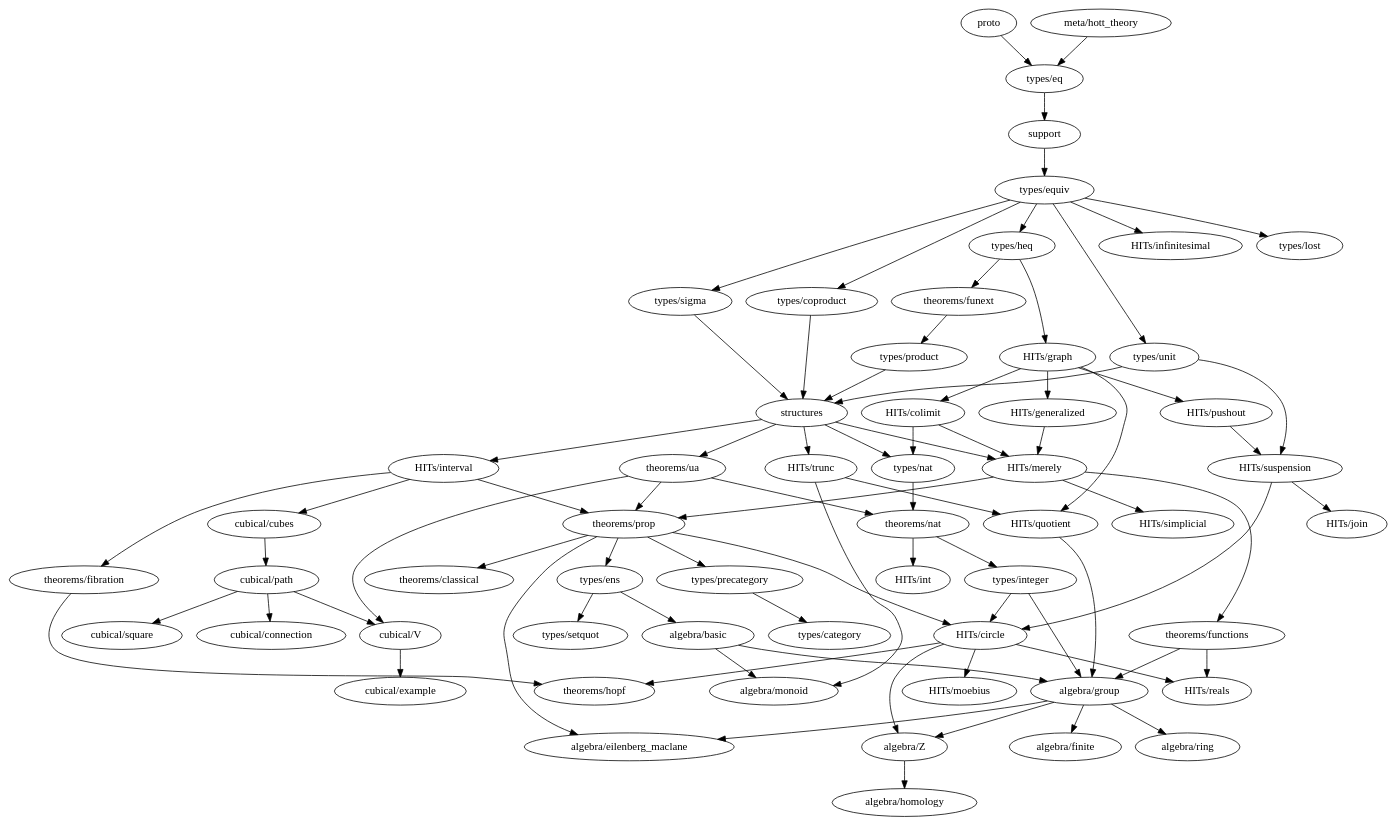
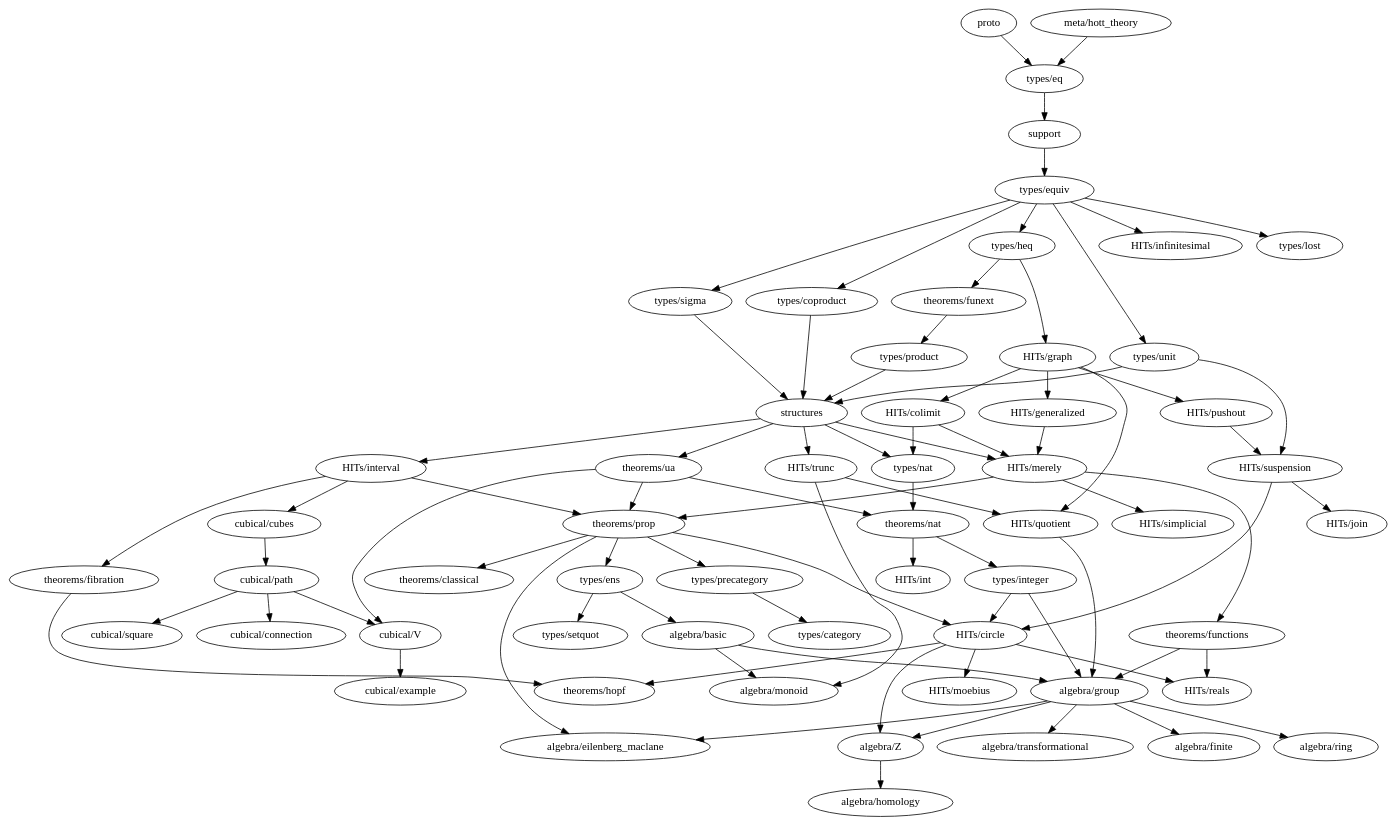
Before and after one commit to forked-from-1kasper/ground_zero: the diagram in dependency-map.gv, drawn with Graphviz. The commit also changed 2 other files, not shown here.

```diff
--- a/dependency-map.gv
+++ b/dependency-map.gv
@@ -1,129 +1,131 @@
 digraph dependency_map {
   proto -> "types/eq"
   "meta/hott_theory" -> "types/eq"
   support -> "types/equiv"
   structures -> {
     "HITs/interval",
     "HITs/merely",
     "HITs/trunc",
     "types/nat",
     "theorems/ua"
   }
 
   subgraph algebra {
     "algebra/basic" -> { "algebra/monoid", "algebra/group" }
     "algebra/eilenberg_maclane"
     "algebra/finite"
     "algebra/group" -> {
       "algebra/eilenberg_maclane",
       "algebra/finite",
       "algebra/ring",
+      "algebra/transformational",
       "algebra/Z"
     }
     "algebra/homology"
     "algebra/monoid"
     "algebra/ring"
+    "algebra/transformational"
     "algebra/Z" -> { "algebra/homology" }
   }
 
   subgraph types {
     "types/category"
     "types/coproduct" -> { structures }
     "types/eq" -> { support }
     "types/ens" -> { "algebra/basic", "types/setquot" }
     "types/equiv" -> {
       "types/heq",
       "HITs/infinitesimal",
       "types/coproduct",
       "types/lost",
       "types/unit",
       "types/sigma"
     }
     "types/heq" -> {
       "HITs/graph", "theorems/funext"
     }
     "types/integer" -> {
       "algebra/group",
       "HITs/circle"
     }
     "types/lost"
     "types/nat" -> { "theorems/nat" }
     "types/precategory" -> { "types/category" }
     "types/product" -> { structures }
     "types/setquot"
     "types/sigma" -> { structures }
     "types/unit" -> { structures, "HITs/suspension" }
   }
 
   subgraph HITs {
     "HITs/circle" -> {
       "algebra/Z",
       "theorems/hopf",
       "HITs/moebius",
       "HITs/reals"
     }
     "HITs/colimit" -> { "HITs/merely", "types/nat" }
     "HITs/generalized" -> "HITs/merely"
     "HITs/graph" -> {
       "HITs/colimit",
       "HITs/generalized",
       "HITs/pushout",
       "HITs/quotient"
     }
     "HITs/infinitesimal"
     "HITs/interval" -> {
       "cubical/cubes",
       "theorems/prop",
       "theorems/fibration"
     }
     "HITs/join"
     "HITs/merely" -> {
       "theorems/prop",
       "HITs/simplicial",
       "theorems/functions"
     }
     "HITs/moebius"
     "HITs/pushout" -> {
       "HITs/suspension"
     }
     "HITs/quotient" -> { "algebra/group" }
     "HITs/reals"
     "HITs/simplicial"
     "HITs/suspension" -> { "HITs/circle", "HITs/join" }
     "HITs/trunc" -> { "algebra/monoid", "HITs/quotient" }
   }
 
   subgraph cubical {
     "cubical/connection"
     "cubical/cubes" -> "cubical/path"
     "cubical/example"
     "cubical/path" -> {
       "cubical/square",
       "cubical/V",
       "cubical/connection"
     }
     "cubical/square"
     "cubical/V" -> { "cubical/example" }
   }
 
   subgraph theorems {
     "theorems/classical"
     "theorems/fibration" -> { "theorems/hopf" }
     "theorems/functions" -> { "HITs/reals", "algebra/group" }
     "theorems/funext" -> { "types/product" }
     "theorems/hopf"
     "theorems/nat" -> { "HITs/int", "types/integer" }
     "theorems/prop" -> {
       "algebra/eilenberg_maclane",
       "HITs/circle",
       "types/ens",
       "types/precategory",
       "theorems/classical"
     }
     "theorems/ua" -> {
       "theorems/nat",
       "theorems/prop",
       "cubical/V"
     }
   }
 }
```
